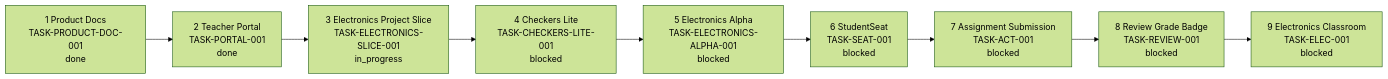
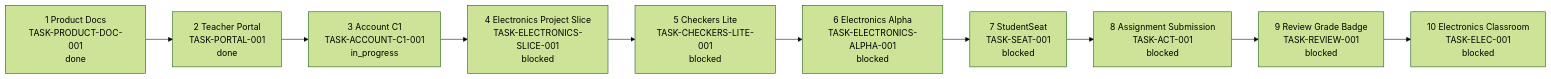
One commit to spikeal8-maker/asa-lab changed the first of 6 diagrams in docs/project-map/PROJECT_MAP.md. Above: the diagram before and after it, drawn with Mermaid (forest theme). The commit also changed other lines of this file and 8 other files, not shown here.

Commit message:
chore(governance): activate Account C1 after accepted alpha baseline

````diff
--- a/docs/project-map/PROJECT_MAP.md
+++ b/docs/project-map/PROJECT_MAP.md
@@ -21,14 +21,15 @@
 ```mermaid
 flowchart LR
     DOC[1 Product Docs<br/>TASK-PRODUCT-DOC-001<br/>done]
     PORTAL[2 Teacher Portal<br/>TASK-PORTAL-001<br/>done]
-    PROJECT[3 Electronics Project Slice<br/>TASK-ELECTRONICS-SLICE-001<br/>in_progress]
-    CHECKERS[4 Checkers Lite<br/>TASK-CHECKERS-LITE-001<br/>blocked]
-    EALPHA[5 Electronics Alpha<br/>TASK-ELECTRONICS-ALPHA-001<br/>blocked]
-    SEAT[6 StudentSeat<br/>TASK-SEAT-001<br/>blocked]
-    ACT[7 Assignment Submission<br/>TASK-ACT-001<br/>blocked]
-    REVIEW[8 Review Grade Badge<br/>TASK-REVIEW-001<br/>blocked]
-    EFULL[9 Electronics Classroom<br/>TASK-ELEC-001<br/>blocked]
+    ACCOUNT[3 Account C1<br/>TASK-ACCOUNT-C1-001<br/>in_progress]
+    PROJECT[4 Electronics Project Slice<br/>TASK-ELECTRONICS-SLICE-001<br/>blocked]
+    CHECKERS[5 Checkers Lite<br/>TASK-CHECKERS-LITE-001<br/>blocked]
+    EALPHA[6 Electronics Alpha<br/>TASK-ELECTRONICS-ALPHA-001<br/>blocked]
+    SEAT[7 StudentSeat<br/>TASK-SEAT-001<br/>blocked]
+    ACT[8 Assignment Submission<br/>TASK-ACT-001<br/>blocked]
+    REVIEW[9 Review Grade Badge<br/>TASK-REVIEW-001<br/>blocked]
+    EFULL[10 Electronics Classroom<br/>TASK-ELEC-001<br/>blocked]
 
-    DOC --> PORTAL --> PROJECT --> CHECKERS --> EALPHA --> SEAT --> ACT --> REVIEW --> EFULL
+    DOC --> PORTAL --> ACCOUNT --> PROJECT --> CHECKERS --> EALPHA --> SEAT --> ACT --> REVIEW --> EFULL
 ```
````
